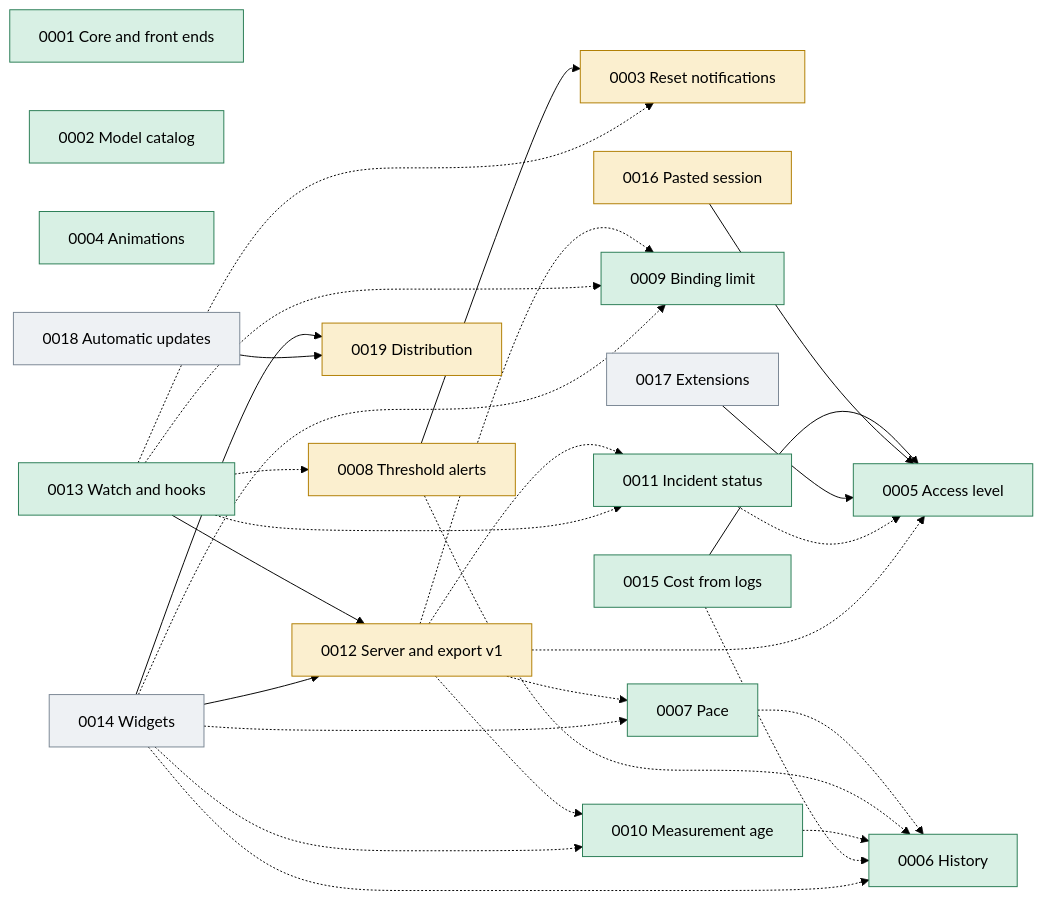
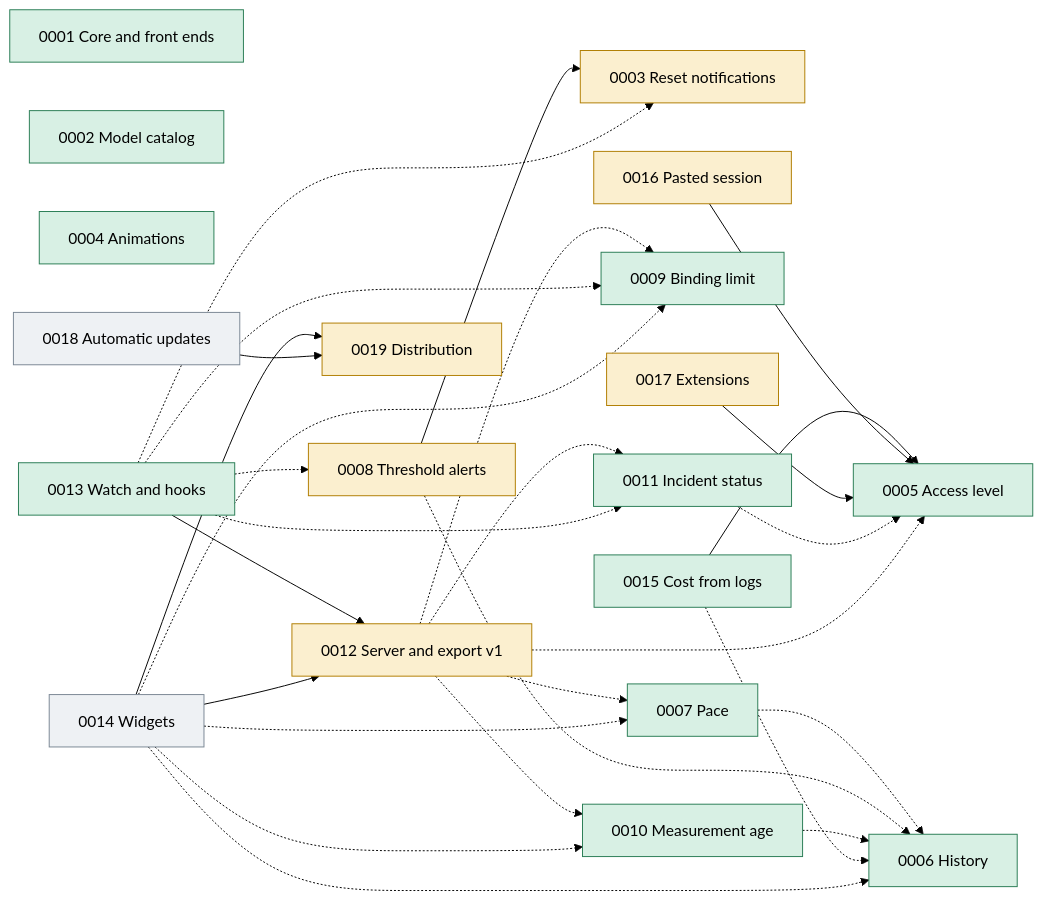
The diagram in docs/plans/0000_control.md (jmarcon/cuotai), drawn with Mermaid (forest theme) before and after one commit. The commit also changed other lines of this file and 16 other files, not shown here.

````diff
--- a/docs/plans/0000_control.md
+++ b/docs/plans/0000_control.md
@@ -116,54 +117,54 @@
 ```mermaid
 graph LR
   classDef done fill:#d8f0e4,stroke:#2a7d55
   classDef wip fill:#fbefcf,stroke:#b07d00
   classDef todo fill:#eef1f4,stroke:#7a8794
 
   P1["0001 Core and front ends"]:::done
   P2["0002 Model catalog"]:::done
   P3["0003 Reset notifications"]:::wip
   P4["0004 Animations"]:::done
   P5["0005 Access level"]:::done
   P6["0006 History"]:::done
   P7["0007 Pace"]:::done
   P8["0008 Threshold alerts"]:::wip
   P9["0009 Binding limit"]:::done
   P10["0010 Measurement age"]:::done
   P11["0011 Incident status"]:::done
   P12["0012 Server and export v1"]:::wip
   P13["0013 Watch and hooks"]:::done
   P14["0014 Widgets"]:::todo
   P15["0015 Cost from logs"]:::done
   P16["0016 Pasted session"]:::wip
-  P17["0017 Extensions"]:::todo
+  P17["0017 Extensions"]:::wip
   P18["0018 Automatic updates"]:::todo
   P19["0019 Distribution"]:::wip
 
   P8 --> P3
   P13 --> P12
   P14 --> P12
   P14 --> P19
   P15 --> P5
   P16 --> P5
   P17 --> P5
   P18 --> P19
 
   P7 -.-> P6
   P8 -.-> P6
   P10 -.-> P6
   P11 -.-> P5
   P15 -.-> P6
   P12 -.-> P5
   P12 -.-> P7
   P12 -.-> P9
   P12 -.-> P10
   P12 -.-> P11
   P13 -.-> P3
   P13 -.-> P8
   P13 -.-> P9
   P13 -.-> P11
   P14 -.-> P6
   P14 -.-> P7
   P14 -.-> P9
   P14 -.-> P10
 ```
````
